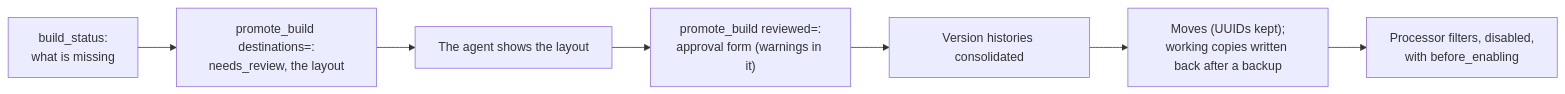
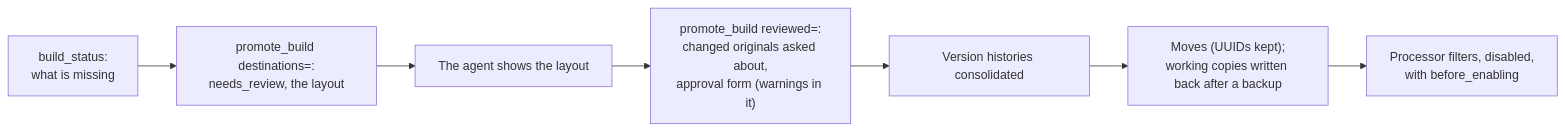
The eighth of 9 diagrams in stroom-ai/DESIGN.md (gchq/stroom), drawn with Mermaid before and after one commit. The commit also changed other lines of this file and 2 other files, not shown here.

````diff
--- a/stroom-ai/DESIGN.md
+++ b/stroom-ai/DESIGN.md
@@ -1123,9 +1132,9 @@
 ```mermaid
 flowchart LR
     A["build_status:<br/>what is missing"] --> B["promote_build destinations=:<br/>needs_review, the layout"]
     B --> C["The agent shows the layout"]
-    C --> D["promote_build reviewed=<review_id>:<br/>approval form (warnings in it)"]
+    C --> D["promote_build reviewed=<review_id>:<br/>changed originals asked about,<br/>approval form (warnings in it)"]
     D --> E["Version histories consolidated"]
     E --> F["Moves (UUIDs kept);<br/>working copies written back after a backup"]
     F --> G["Processor filters, disabled,<br/>with before_enabling"]
 ```
````
